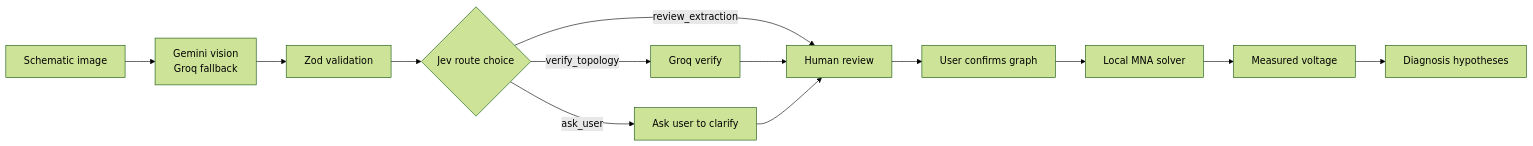
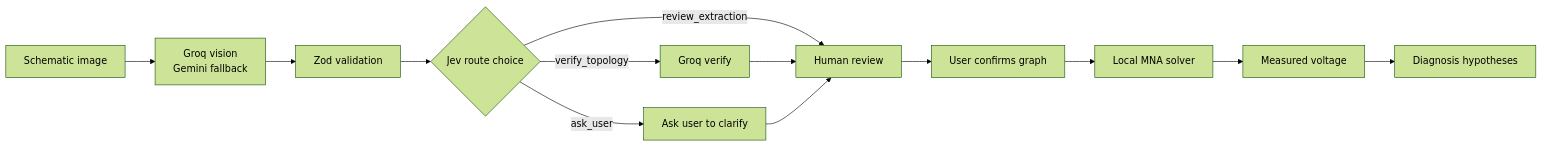
The diagram in README.md (dude297/Ohmni), drawn with Mermaid (forest theme) before and after one commit. The commit also changed other lines of this file and 7 other files, not shown here.

Commit message:
feat: env-configurable vision order, Groq primary by default (measured)

````diff
--- a/README.md
+++ b/README.md
@@ -24,13 +24,13 @@
 ```mermaid
 flowchart LR
-  IMG[Schematic image] --> GEM[Gemini vision<br/>Groq fallback]
+  IMG[Schematic image] --> GEM[Groq vision<br/>Gemini fallback]
   GEM --> ZOD[Zod validation]
   ZOD --> JEV{Jev route choice}
   JEV -->|review_extraction| REV[Human review]
   JEV -->|verify_topology| GRQ[Groq verify] --> REV
   JEV -->|ask_user| ASK[Ask user to clarify] --> REV
   REV --> CONF[User confirms graph]
   CONF --> MNA[Local MNA solver]
   MNA --> MEAS[Measured voltage]
   MEAS --> DX[Diagnosis hypotheses]
 ```
````
